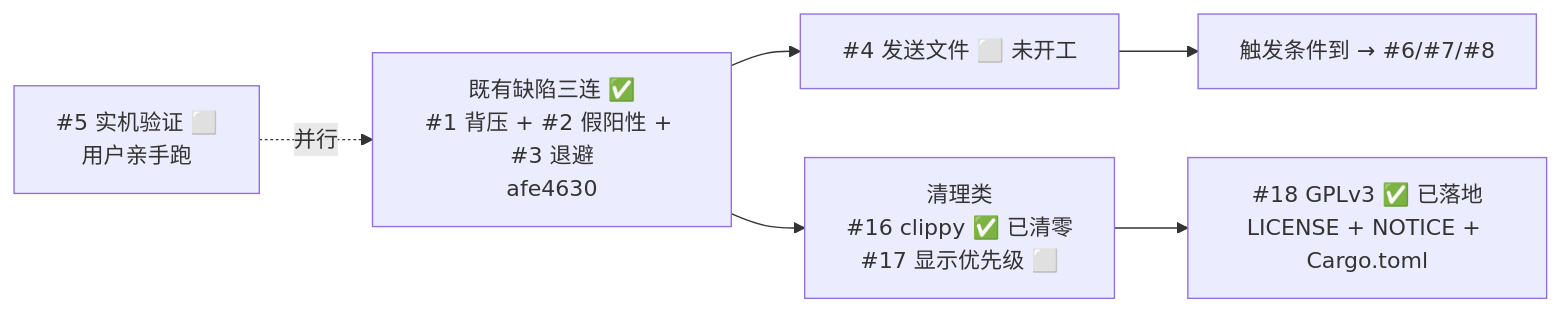
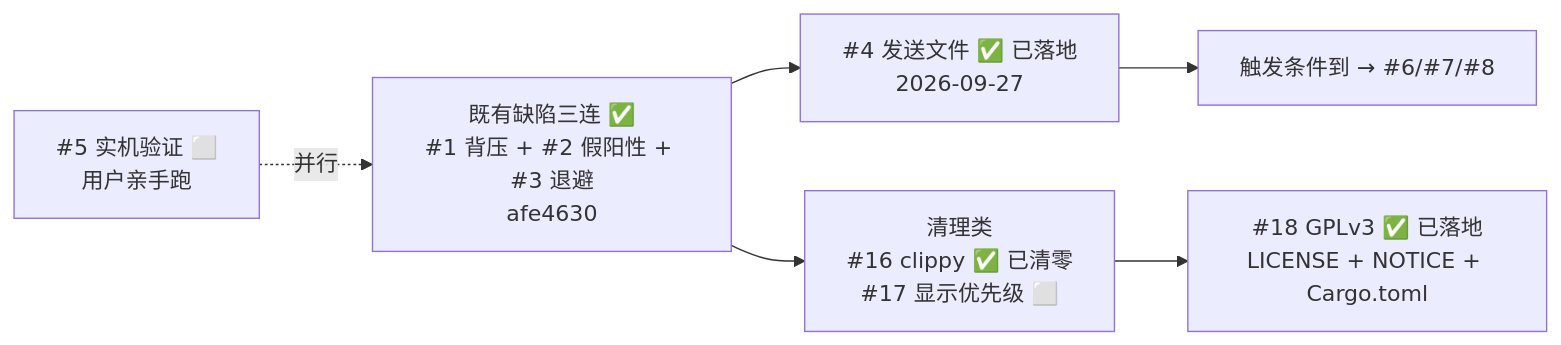
One commit to Tesla1983/Com-tool_RS changed the diagram in GAP_ANALYSIS_VS_COMTOOL.md. Above: the diagram before and after it, drawn with Mermaid. The commit also changed other lines of this file and 15 other files, not shown here.

````diff
--- a/GAP_ANALYSIS_VS_COMTOOL.md
+++ b/GAP_ANALYSIS_VS_COMTOOL.md
@@ -263,8 +266,8 @@
 ```mermaid
 graph LR
-  A[既有缺陷三连 ✅<br/>#1 背压 + #2 假阳性 + #3 退避<br/>afe4630] --> B[#4 发送文件 ⬜ 未开工]
+  A[既有缺陷三连 ✅<br/>#1 背压 + #2 假阳性 + #3 退避<br/>afe4630] --> B[#4 发送文件 ✅ 已落地<br/>2026-09-27]
   A --> C[清理类<br/>#16 clippy ✅ 已清零<br/>#17 显示优先级 ⬜]
   D[#5 实机验证 ⬜<br/>用户亲手跑] -.并行.-> A
   B --> E[触发条件到 → #6/#7/#8]
   C --> F[#18 GPLv3 ✅ 已落地<br/>LICENSE + NOTICE + Cargo.toml]
 ```
````
